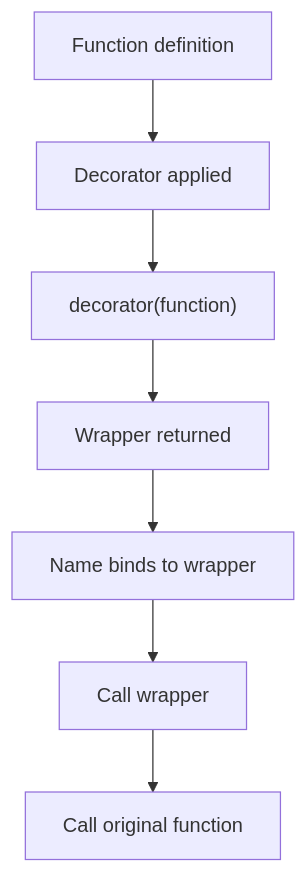
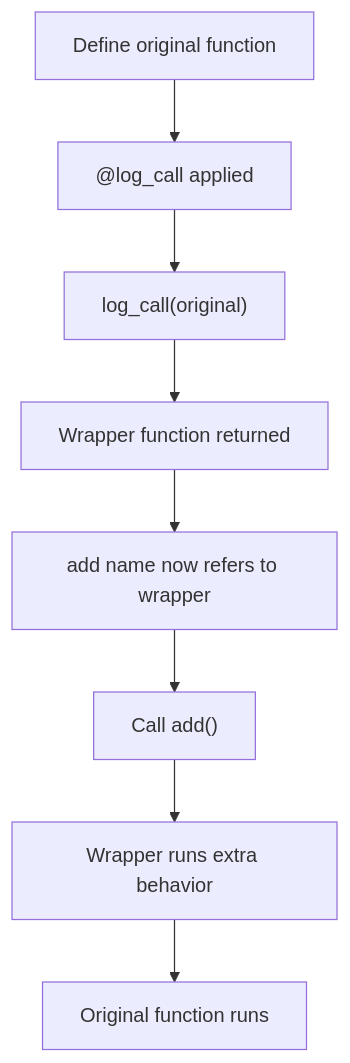
The first of 8 diagrams in day1/04-decorators-context-managers/README.md (shomi-khan/preparation), drawn with Mermaid before and after one commit. The commit also changed other lines of this file, not shown here.

````diff
--- a/day1/04-decorators-context-managers/README.md
+++ b/day1/04-decorators-context-managers/README.md
@@ -149,9 +39,10 @@
-```mermaid
+~~~mermaid
 flowchart TD
- A["Function definition"] --> B["Decorator applied"]
- B --> C["decorator(function)"]
- C --> D["Wrapper returned"]
- D --> E["Name binds to wrapper"]
- E --> F["Call wrapper"]
- F --> G["Call original function"]
-```
+    A["Define original function"] --> B["@log_call applied"]
+    B --> C["log_call(original)"]
+    C --> D["Wrapper function returned"]
+    D --> E["add name now refers to wrapper"]
+    E --> F["Call add()"]
+    F --> G["Wrapper runs extra behavior"]
+    G --> H["Original function runs"]
+~~~
````
